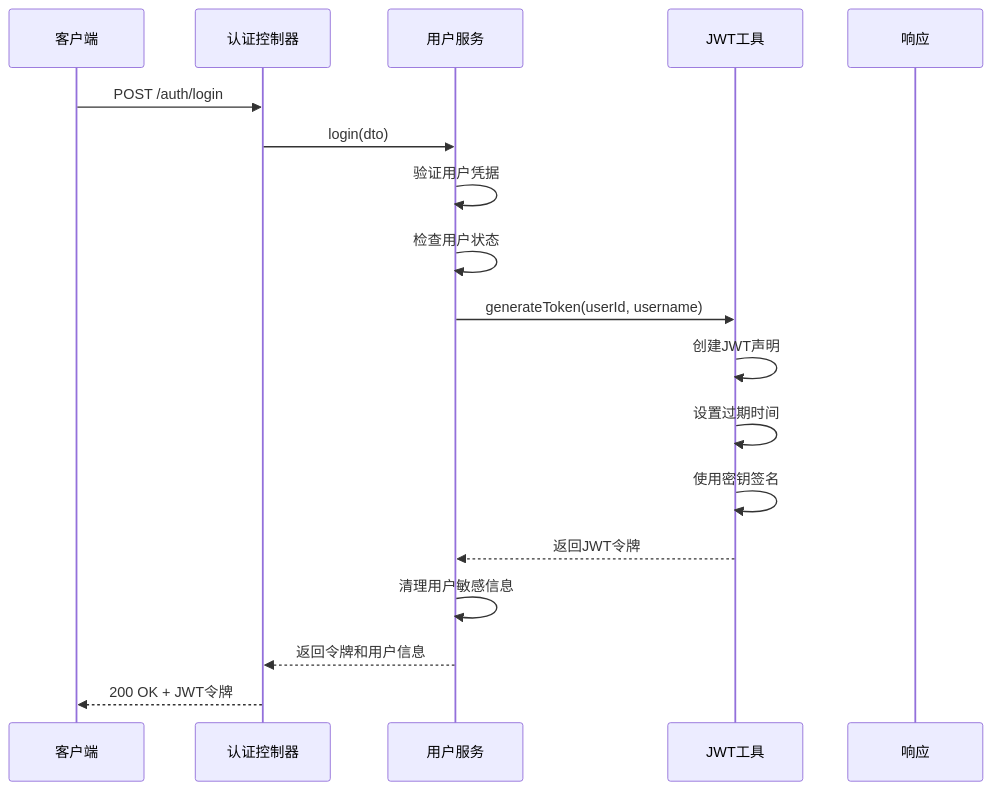
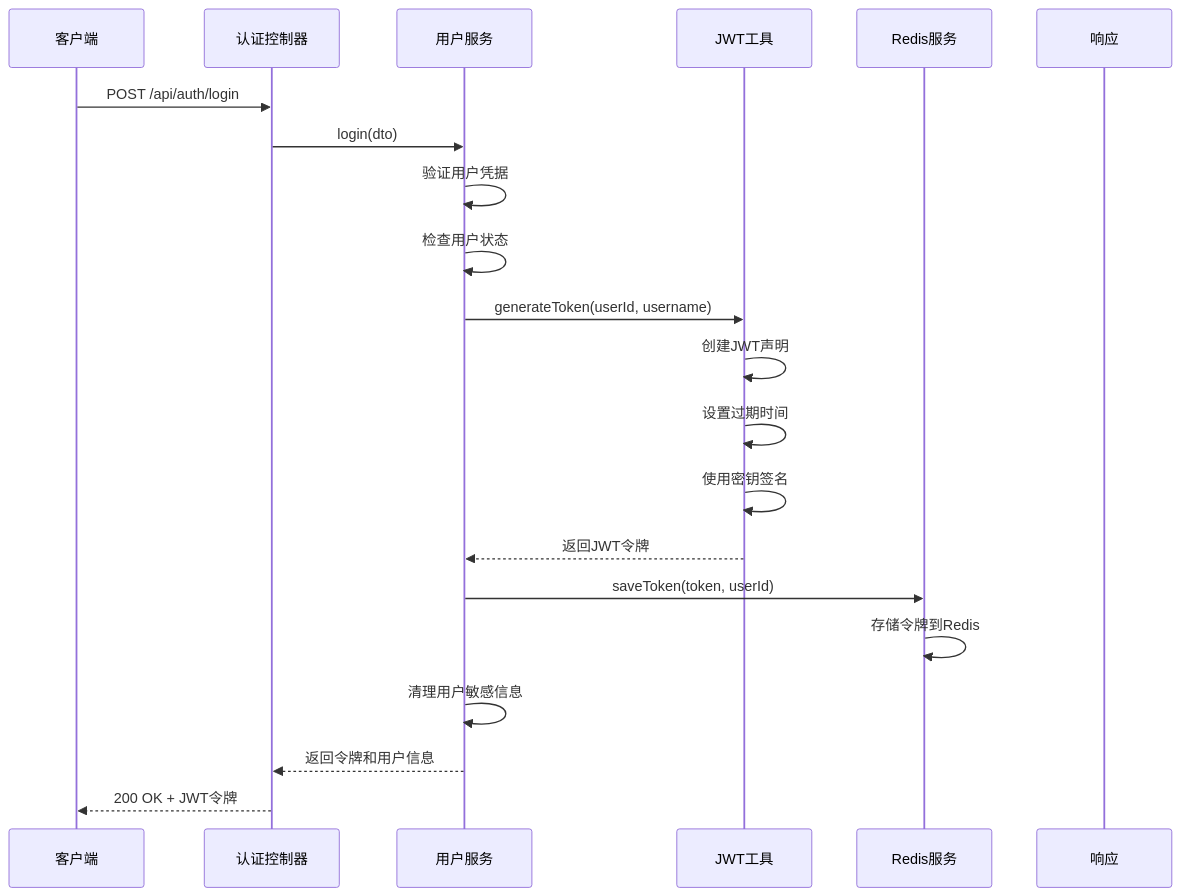
Before and after one commit to 20164206160/zhishilu: the fourth of 9 diagrams in .qoder/repowiki/zh/content/系统架构/安全架构设计.md, drawn with Mermaid. The commit also changed other lines of this file and 28 other files, not shown here.

````diff
--- a/.qoder/repowiki/zh/content/系统架构/安全架构设计.md
+++ b/.qoder/repowiki/zh/content/系统架构/安全架构设计.md
@@ -191,20 +210,23 @@
 ```mermaid
 sequenceDiagram
 participant Client as 客户端
 participant Controller as 认证控制器
 participant Service as 用户服务
 participant Util as JWT工具
+participant Redis as Redis服务
 participant Response as 响应
-Client->>Controller : POST /auth/login
+Client->>Controller : POST /api/auth/login
 Controller->>Service : login(dto)
 Service->>Service : 验证用户凭据
 Service->>Service : 检查用户状态
 Service->>Util : generateToken(userId, username)
 Util->>Util : 创建JWT声明
 Util->>Util : 设置过期时间
 Util->>Util : 使用密钥签名
 Util-->>Service : 返回JWT令牌
+Service->>Redis : saveToken(token, userId)
+Redis->>Redis : 存储令牌到Redis
 Service->>Service : 清理用户敏感信息
 Service-->>Controller : 返回令牌和用户信息
 Controller-->>Client : 200 OK + JWT令牌
 ```
````
